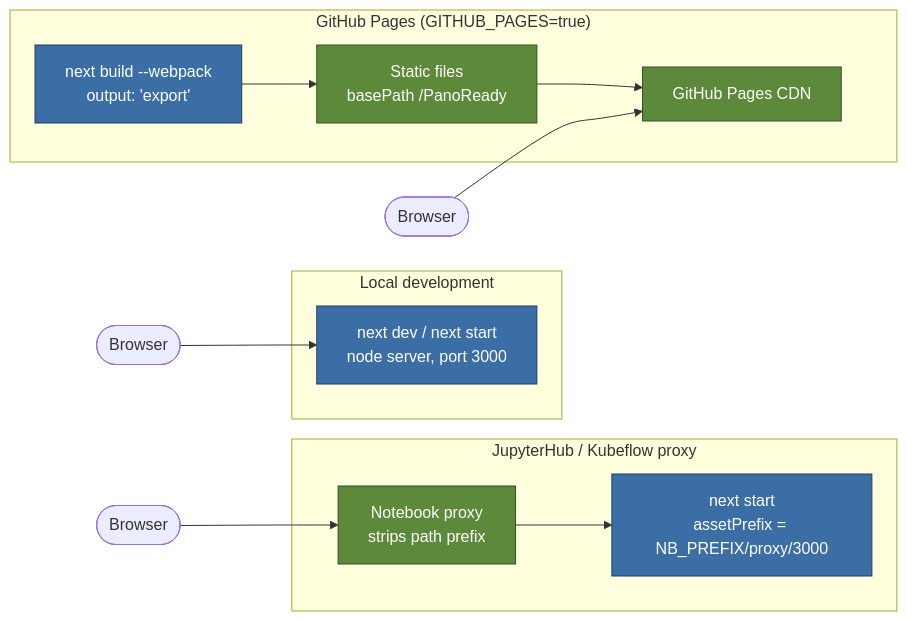
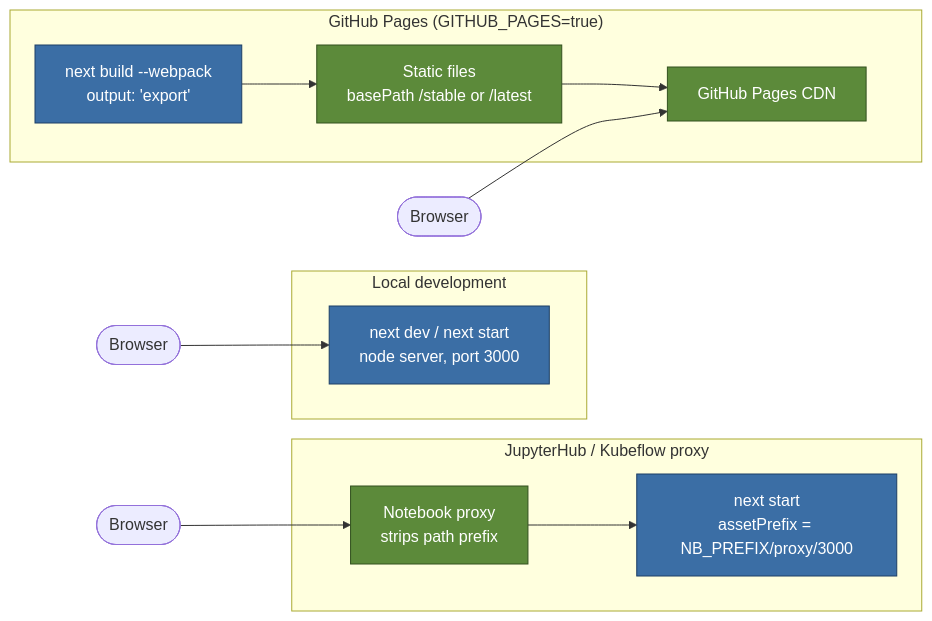
The seventh of 7 diagrams in docs/architecture-diagrams.md (WDGPH/PanoReady), drawn with Mermaid before and after one commit. The commit also changed 9 other files, not shown here.

````diff
--- a/docs/architecture-diagrams.md
+++ b/docs/architecture-diagrams.md
@@ -327,24 +327,24 @@
 ```mermaid
 flowchart LR
     subgraph Dev["Local development"]
         NextDev["next dev / next start\nnode server, port 3000"]
     end
 
     subgraph Jupyter["JupyterHub / Kubeflow proxy"]
         Proxy["Notebook proxy\nstrips path prefix"] --> NextServer["next start\nassetPrefix = NB_PREFIX/proxy/3000"]
     end
 
     subgraph Pages["GitHub Pages (GITHUB_PAGES=true)"]
-        StaticBuild["next build --webpack\noutput: 'export'"] --> StaticFiles["Static files\nbasePath /PanoReady"]
+        StaticBuild["next build --webpack\noutput: 'export'"] --> StaticFiles["Static files\nbasePath /stable or /latest"]
         StaticFiles --> CDN["GitHub Pages CDN"]
     end
 
     Browser1(["Browser"]) --> NextDev
     Browser2(["Browser"]) --> Proxy
     Browser3(["Browser"]) --> CDN
 
     classDef env fill:#3b6ea5,stroke:#1c3f66,color:#fff
     classDef host fill:#5c8a3a,stroke:#33511f,color:#fff
     class NextDev,NextServer,StaticBuild env
     class Proxy,StaticFiles,CDN host
 ```
````
